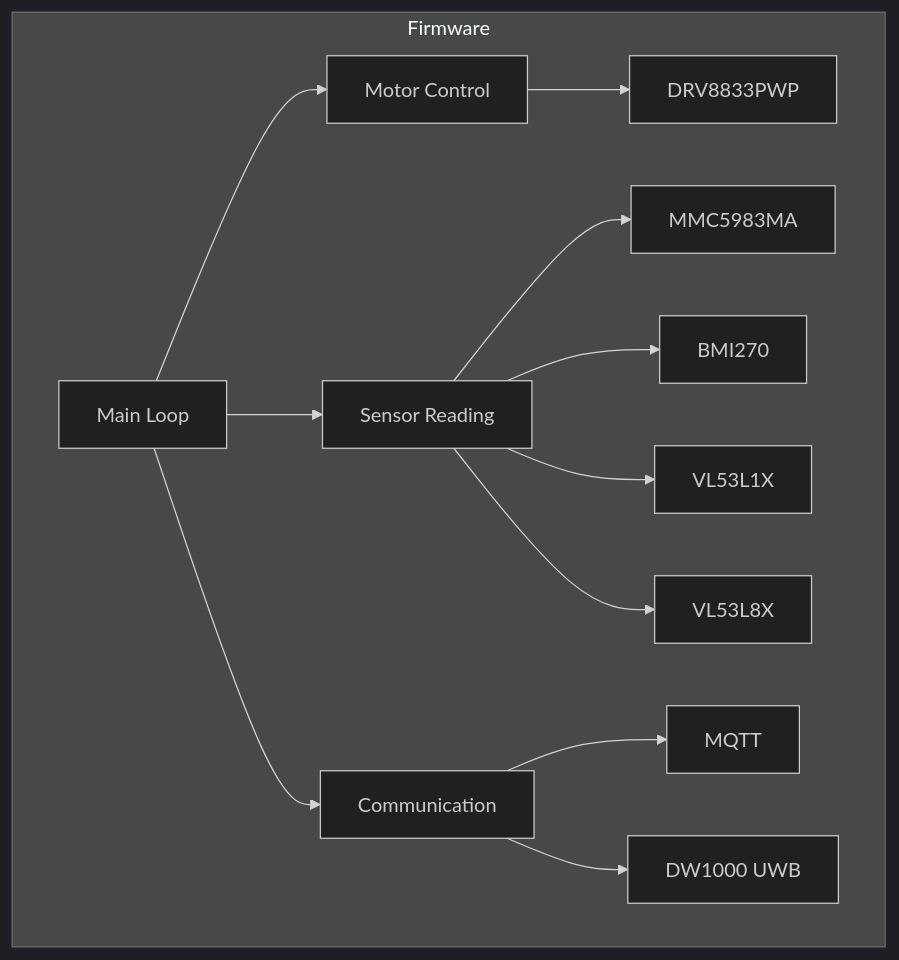
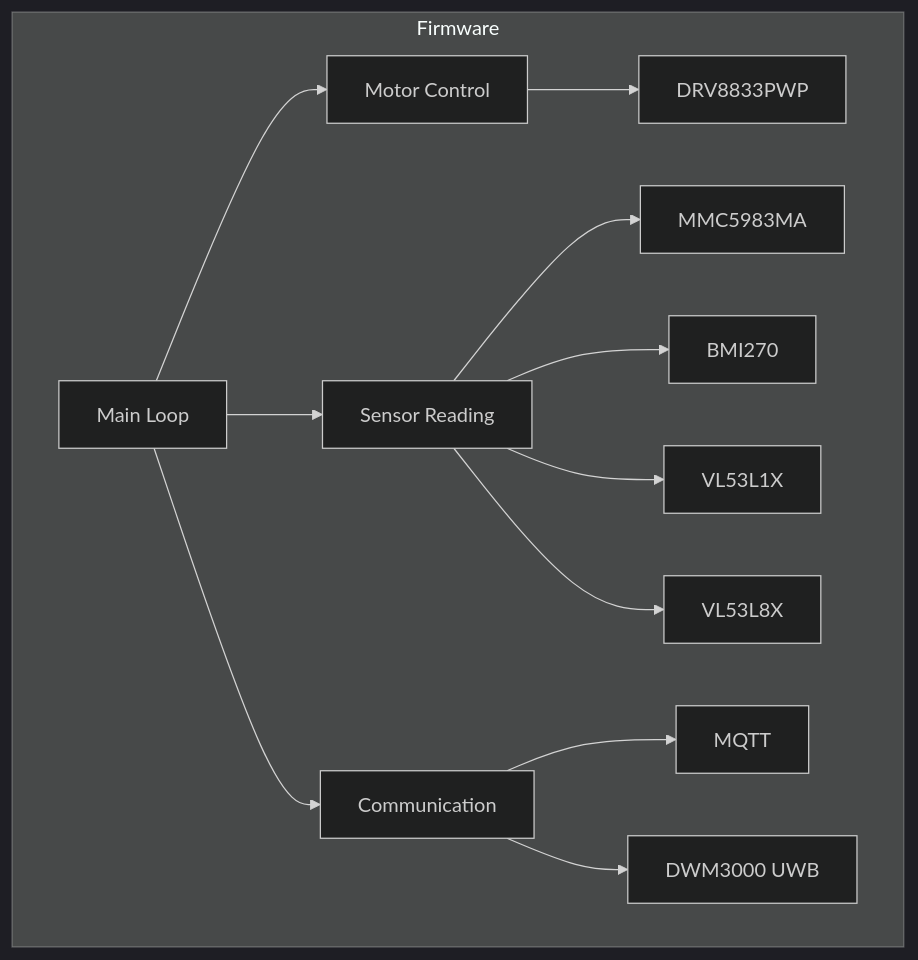
The diagram in README.md (Project-Emerge/Project-Emerge-dropbot-firmware), drawn with Mermaid (dark theme) before and after one commit. The commit also changed other lines of this file and 49 other files, not shown here.

````diff
--- a/README.md
+++ b/README.md
@@ -29,15 +86,15 @@
 ```mermaid
 graph TD
     subgraph Firmware
         A[Main Loop] --> B[Motor Control]
         A --> C[Sensor Reading]
         A --> D[Communication]
         B --> E[DRV8833PWP]
         C --> F[MMC5983MA]
         C --> G[BMI270]
         C --> H[VL53L1X]
         C --> I[VL53L8X]
         D --> J[MQTT]
-        D --> K[DW1000 UWB]
+        D --> K[DWM3000 UWB]
     end
 ```
````
